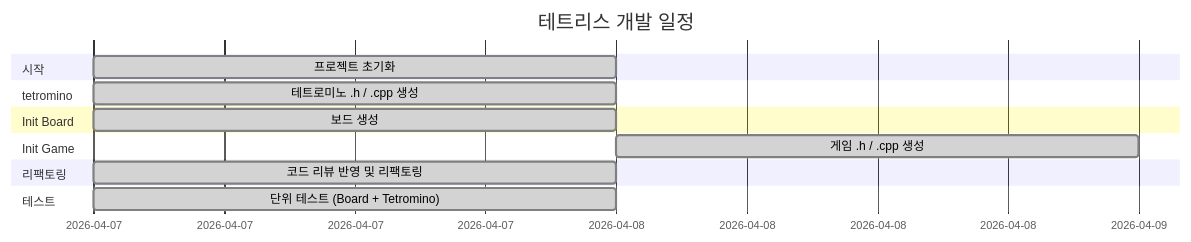
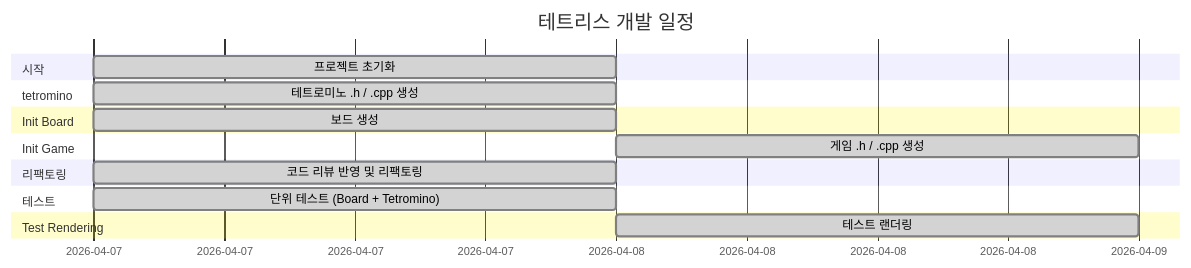
The diagram in README.md (Chance031/Tetris-cpp), drawn with Mermaid before and after one commit. The commit also changed other lines of this file, not shown here.

Commit message:
docs: README 자동 업데이트 [skip ci]

````diff
--- a/README.md
+++ b/README.md
@@ -27,17 +27,19 @@
 ```mermaid
 gantt
- title 테트리스 개발 일정
- dateFormat YYYY-MM-DD
- section 시작
- 프로젝트 초기화 :done, init, 2026-04-07, 1d
- section tetromino
- 테트로미노 .h / .cpp 생성 :done, t16803, 2026-04-07, 1d
- section Init Board
- 보드 생성 :done, t84048, 2026-04-07, 1d
- section Init Game
- 게임 .h / .cpp 생성 :done, t91896, 2026-04-08, 1d
- section 리팩토링
- 코드 리뷰 반영 및 리팩토링 :done, refactor, 2026-04-07, 1d
- section 테스트
- 단위 테스트 (Board + Tetromino) :done, test, 2026-04-07, 1d
+    title 테트리스 개발 일정
+    dateFormat YYYY-MM-DD
+    section 시작
+        프로젝트 초기화 :done, init, 2026-04-07, 1d
+    section tetromino
+        테트로미노 .h / .cpp 생성 :done, t16803, 2026-04-07, 1d
+    section Init Board
+        보드 생성 :done, t84048, 2026-04-07, 1d
+    section Init Game
+        게임 .h / .cpp 생성 :done, t91896, 2026-04-08, 1d
+    section 리팩토링
+        코드 리뷰 반영 및 리팩토링 :done, refactor, 2026-04-07, 1d
+    section 테스트
+        단위 테스트 (Board + Tetromino) :done, test, 2026-04-07, 1d
+    section Test Rendering
+        테스트 랜더링 :done, t47867, 2026-04-08, 1d
 ```
````
